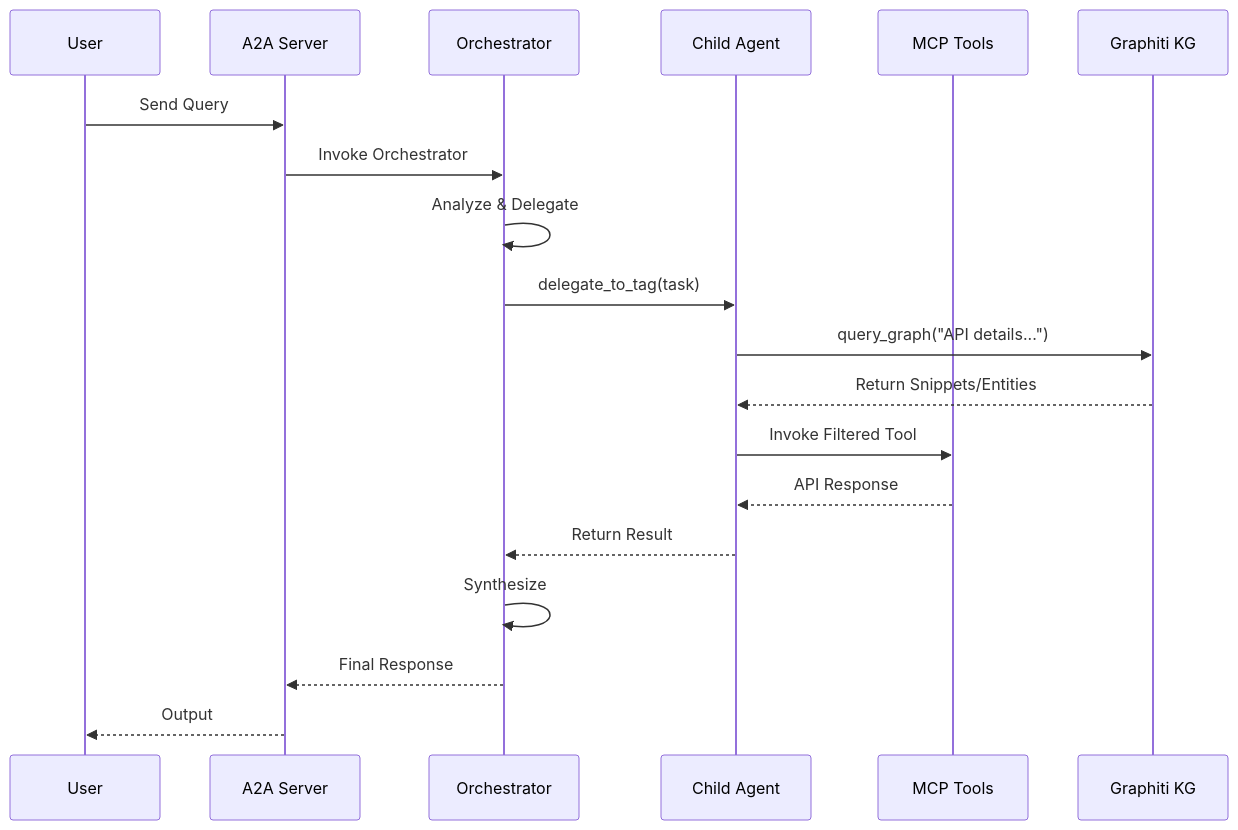
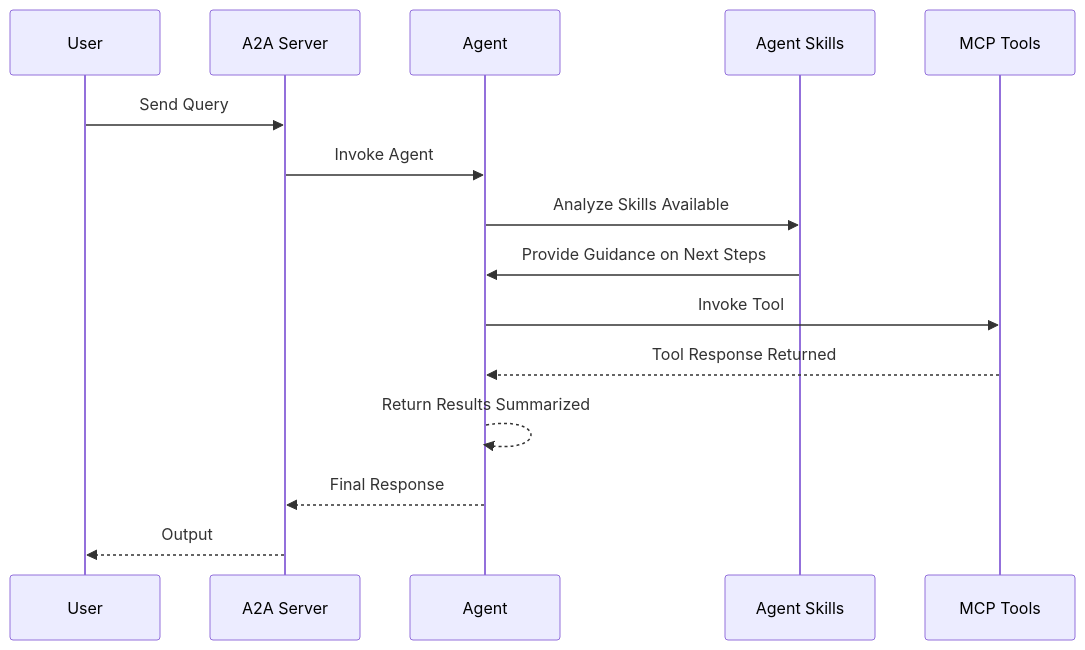
The second of 2 diagrams in README.md (Knuckles-Team/servicenow-api), drawn with Mermaid before and after one commit.

Commit message:
Fix second diagram

````diff
--- a/README.md
+++ b/README.md
@@ -245,22 +245,18 @@
 ```mermaid
 sequenceDiagram
     participant User
     participant Server as A2A Server
-    participant Orch as Orchestrator
-    participant Child as Child Agent
+    participant Agent as Agent
+    participant Skill as Agent Skills
     participant MCP as MCP Tools
-    participant Graph as Graphiti KG
 
     User->>Server: Send Query
-    Server->>Orch: Invoke Orchestrator
-    Orch->>Orch: Analyze & Delegate
-    Orch->>Child: delegate_to_tag(task)
-    Child->>Graph: query_graph("API details...")
-    Graph-->>Child: Return Snippets/Entities
-    Child->>MCP: Invoke Filtered Tool
-    MCP-->>Child: API Response
-    Child-->>Orch: Return Result
-    Orch->>Orch: Synthesize
-    Orch-->>Server: Final Response
+    Server->>Agent: Invoke Agent
+    Agent->>Skill: Analyze Skills Available
+    Skill->>Agent: Provide Guidance on Next Steps
+    Agent->>MCP: Invoke Tool
+    MCP-->>Agent: Tool Response Returned
+    Agent-->>Agent: Return Results Summarized
+    Agent-->>Server: Final Response
     Server-->>User: Output
 ```
````
